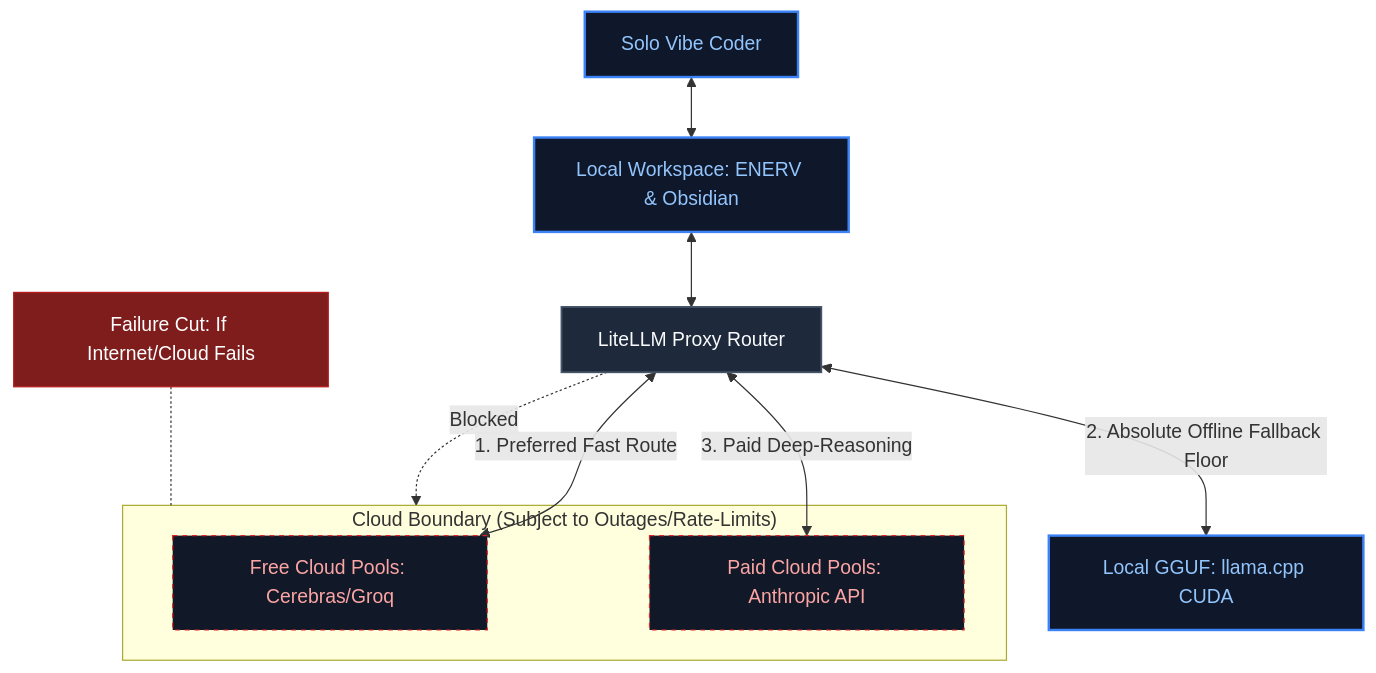
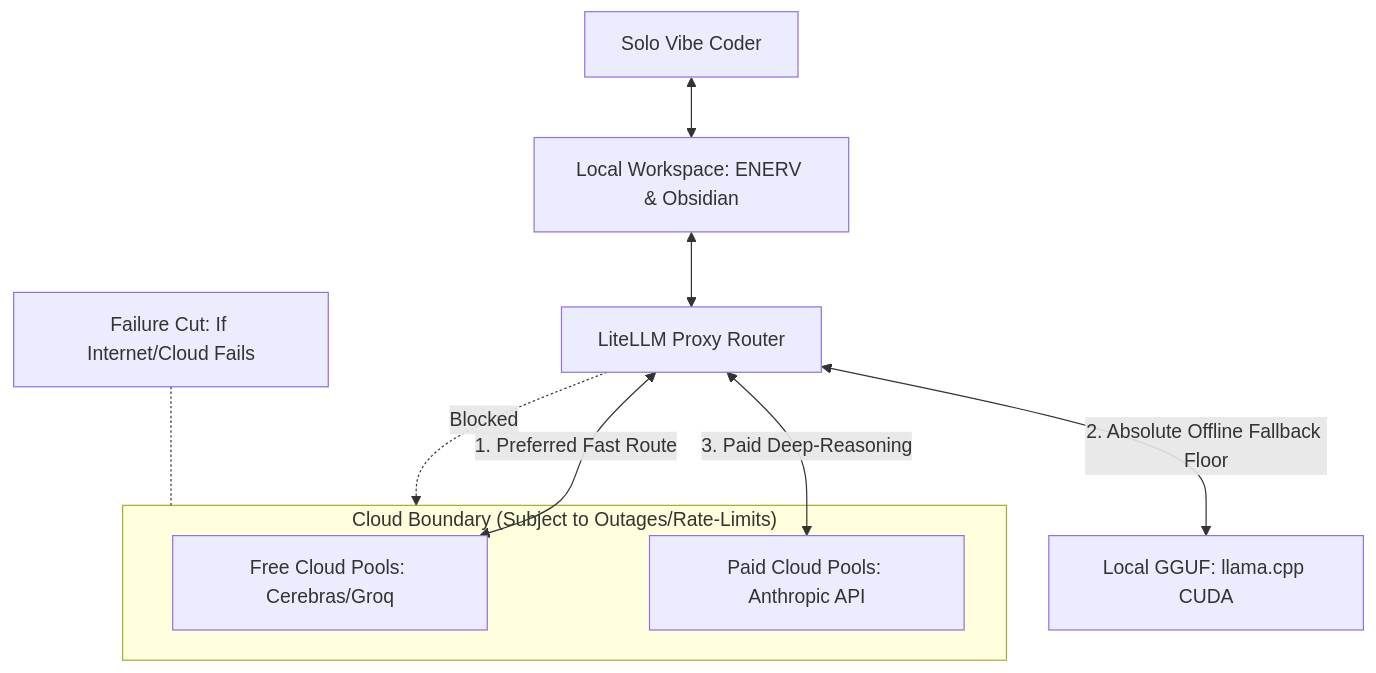
One commit to master5d/NAUTILUS changed the diagram in docs/whitepaper/chapters/vision.md. Above: the diagram before and after it, drawn with Mermaid. The commit also changed 6 other files, not shown here.

First line of the commit message:
docs: Refactor Mermaid diagrams for GitBook and GitHub Pages compatibility

````diff
--- a/docs/whitepaper/chapters/vision.md
+++ b/docs/whitepaper/chapters/vision.md
@@ -5,32 +5,25 @@
 ```mermaid
-graph TD
-    %% Styling
-    classDef Local fill:#0f172a,stroke:#3b82f6,stroke-width:2px,color:#93c5fd;
-    classDef Gateway fill:#1e293b,stroke:#475569,stroke-width:1.5px,color:#f8fafc;
-    classDef Cloud fill:#111827,stroke:#dc2626,stroke-width:1px,color:#fca5a5,stroke-dasharray: 4 4;
+flowchart TD
+    Developer[Solo Vibe Coder]
+    Workspace[Local Workspace: ENERV & Obsidian]
+    LocalLLM[Local GGUF: llama.cpp CUDA]
     
-    %% Nodes
-    Developer[Solo Vibe Coder]:::Local
-    Workspace[Local Workspace: ENERV & Obsidian]:::Local
-    LocalLLM[Local GGUF: llama.cpp CUDA]:::Local
-    
-    LiteLLM[LiteLLM Proxy Router]:::Gateway
+    LiteLLM[LiteLLM Proxy Router]
     
     subgraph CloudBoundary["Cloud Boundary (Subject to Outages/Rate-Limits)"]
-        FreeCloud[Free Cloud Pools: Cerebras/Groq]:::Cloud
-        PaidCloud[Paid Cloud Pools: Anthropic API]:::Cloud
+        FreeCloud[Free Cloud Pools: Cerebras/Groq]
+        PaidCloud[Paid Cloud Pools: Anthropic API]
     end
 
     %% Connections
     Developer <--> Workspace
     Workspace <--> LiteLLM
     LiteLLM <--> |1. Preferred Fast Route| FreeCloud
     LiteLLM <--> |3. Paid Deep-Reasoning| PaidCloud
     LiteLLM <--> |2. Absolute Offline Fallback Floor| LocalLLM
 
-    %% Boundary Annotation
-    classDef Warning fill:#7f1d1d,color:#fff,stroke:#b91c1c;
-    NetworkCut["Failure Cut: If Internet/Cloud Fails"]:::Warning
+    %% Failure Representation
+    NetworkCut["Failure Cut: If Internet/Cloud Fails"]
     LiteLLM -.-> |Blocked| CloudBoundary
     NetworkCut -.- CloudBoundary
 ```
````
